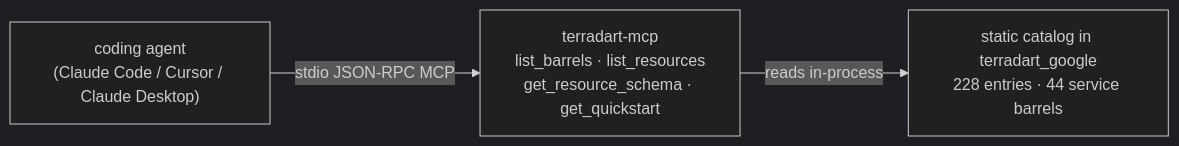
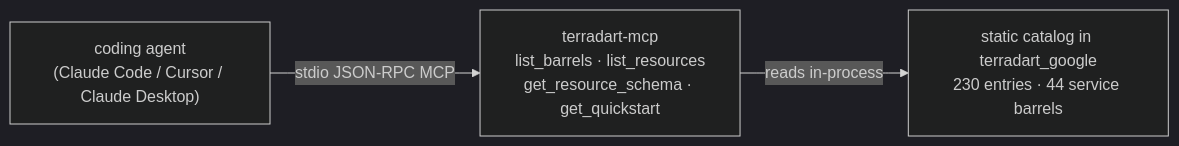
Before and after one commit to nozomi-koborinai/terradart: the diagram in website/src/content/docs/docs/agent/index.md, drawn with Mermaid (dark theme). The commit also changed other lines of this file and 21 other files, not shown here.

First line of the commit message:
feat(google): curate Chronicle native dashboard and dashboard chart

````diff
--- a/website/src/content/docs/docs/agent/index.md
+++ b/website/src/content/docs/docs/agent/index.md
@@ -12,8 +12,8 @@
 ```mermaid
 graph LR
   agent["coding agent<br/>(Claude Code / Cursor / Claude Desktop)"]
   mcp["terradart-mcp<br/>list_barrels · list_resources<br/>get_resource_schema · get_quickstart"]
-  catalog["static catalog in terradart_google<br/>228 entries · 44 service barrels"]
+  catalog["static catalog in terradart_google<br/>230 entries · 44 service barrels"]
   agent -->|stdio JSON-RPC MCP| mcp
   mcp -->|reads in-process| catalog
 ```
````
